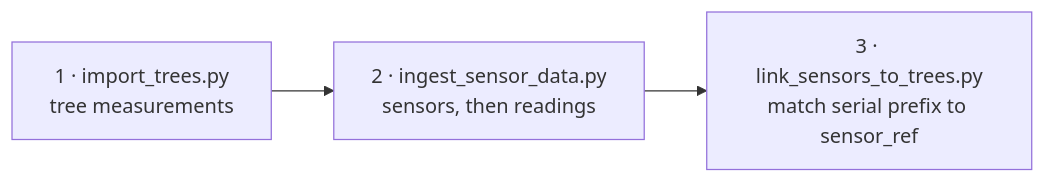
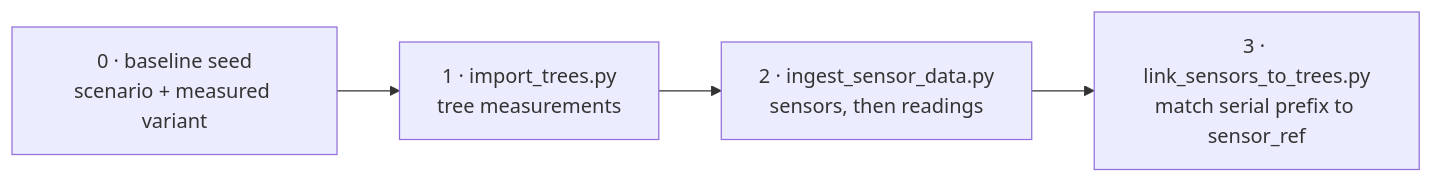
Before and after one commit to XRFutureForests/digital-twin-db: the diagram in RUNBOOK.md, drawn with Mermaid. The commit also changed other lines of this file and 213 other files, not shown here.

````diff
--- a/RUNBOOK.md
+++ b/RUNBOOK.md
@@ -63,4 +63,4 @@
 ```mermaid
 flowchart LR
-    T["1 · import_trees.py<br/>tree measurements"] --> S["2 · ingest_sensor_data.py<br/>sensors, then readings"] --> L["3 · link_sensors_to_trees.py<br/>match serial prefix to sensor_ref"]
+    V["0 · baseline seed<br/>scenario + measured variant"] --> T["1 · import_trees.py<br/>tree measurements"] --> S["2 · ingest_sensor_data.py<br/>sensors, then readings"] --> L["3 · link_sensors_to_trees.py<br/>match serial prefix to sensor_ref"]
 ```
````
